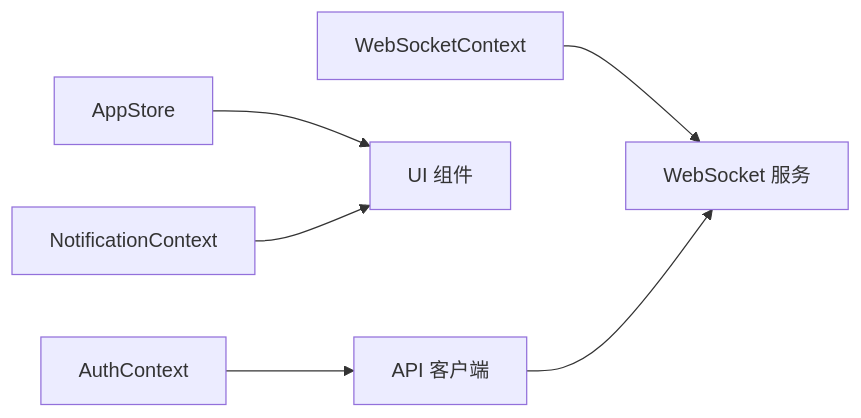
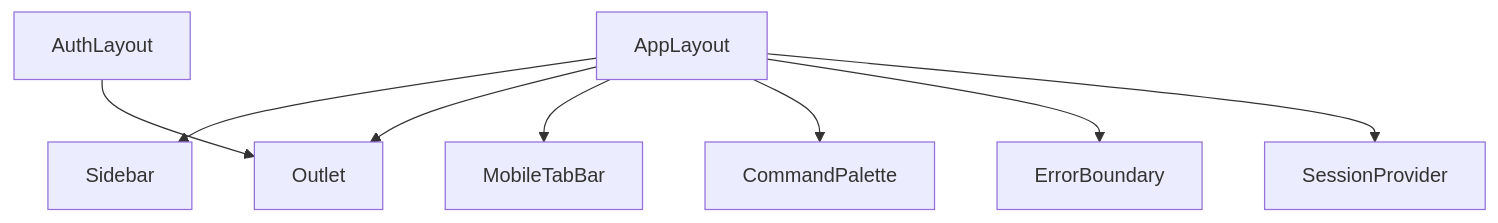
Before and after one commit to angledick/-: the sixth of 9 diagrams in .qoder/repowiki/zh/content/前端应用架构/前端应用架构.md, drawn with Mermaid. The commit also changed other lines of this file and 770 other files, not shown here.

````diff
--- a/.qoder/repowiki/zh/content/前端应用架构/前端应用架构.md
+++ b/.qoder/repowiki/zh/content/前端应用架构/前端应用架构.md
@@ -468,8 +360,10 @@
 ```mermaid
-graph LR
-AC["AuthContext"] --> API["API 客户端"]
-AS_CTX["AppStore"] --> UI["UI 组件"]
-NCTX["NotificationContext"] --> UI
-WSC["WebSocketContext"] --> WS["WebSocket 服务"]
-API --> WS
+graph TB
+AppLayout["AppLayout"] --> Sidebar["Sidebar"]
+AppLayout --> Outlet["Outlet"]
+AppLayout --> MobileTabBar["MobileTabBar"]
+AppLayout --> CommandPalette["CommandPalette"]
+AppLayout --> ErrorBoundary["ErrorBoundary"]
+AppLayout --> SessionProvider["SessionProvider"]
+AuthLayout["AuthLayout"] --> Outlet
 ```
````
